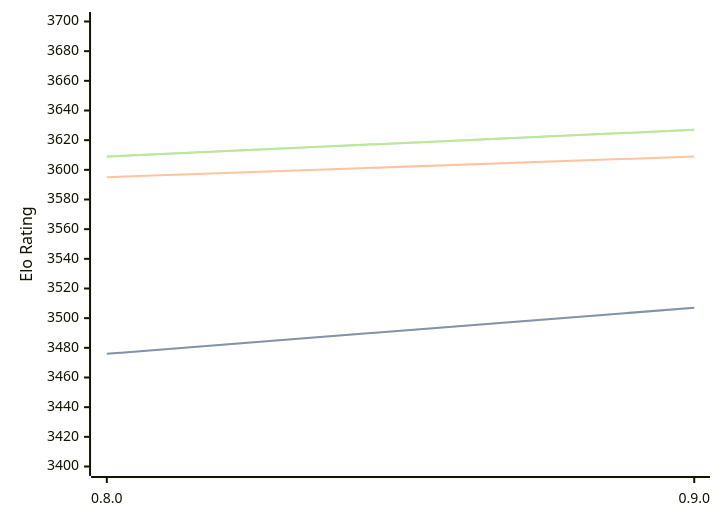
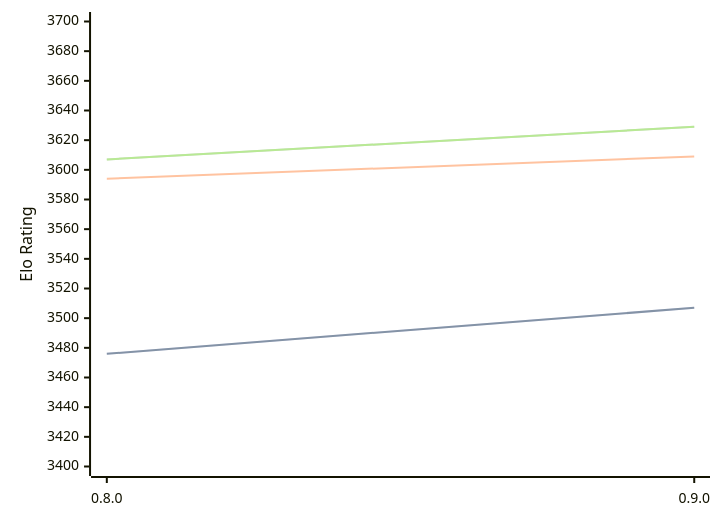
One commit to computer-chess-index/cci changed the diagram in engines/Reckless.md. Above: the diagram before and after it, drawn with Mermaid. The commit also changed other lines of this file, not shown here.

Commit message:
Update CCI Ratings (ELO VLTC) - 2026-03-16

````diff
--- a/engines/Reckless.md
+++ b/engines/Reckless.md
@@ -37,11 +37,11 @@
 ```mermaid
 %%{init: {"theme":"base","themeVariables":{"seriesColors:['#a3a3a3','#222221','#faa371']}}}%%
 xychart-beta
   x-axis ["0.8.0", "0.9.0"]
   y-axis "Elo Rating" 3400 --> 3700
   line "STC (8.0+0.08s)" [3476, 3507]
   line "STC (8.0+0.08s)" [3476, 3507]
-  line "LTC (60.0+0.60s)" [3595, 3609]
-  line "VLTC (2m24s+1.12s)" [3609, 3627]
-  line "VLTC (2m24s+1.12s)" [3609, 3627]
+  line "LTC (60.0+0.60s)" [3594, 3609]
+  line "VLTC (2m24s+1.12s)" [3607, 3629]
+  line "VLTC (2m24s+1.12s)" [3607, 3629]
 ```
````
